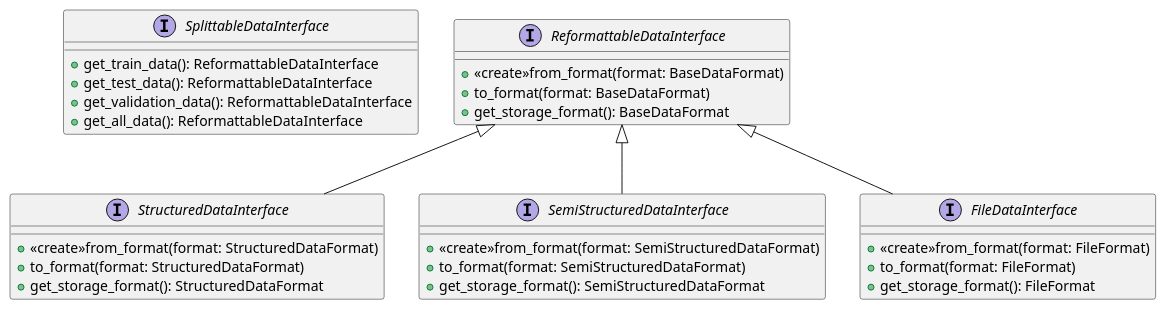
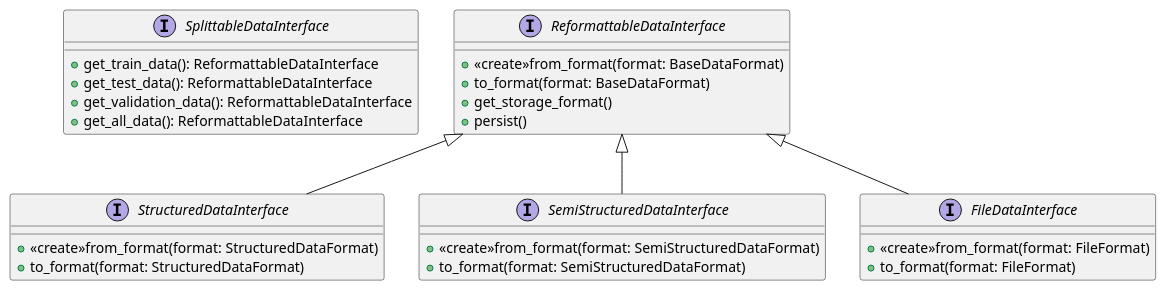
Before and after one commit to tloeber/ML-interfaces: the diagram in docs/uml/dataset_interfaces.puml, drawn with PlantUML. The commit also changed 2 other files, not shown here.

Commit message:
Break up dataset design into more diagrams to better show the main ideas

```diff
--- a/docs/uml/dataset_interfaces.puml
+++ b/docs/uml/dataset_interfaces.puml
@@ -1,38 +1,36 @@
 @startuml
 
 interface SplittableDataInterface {
   +get_train_data(): ReformattableDataInterface
   +get_test_data(): ReformattableDataInterface
   +get_validation_data(): ReformattableDataInterface
   +get_all_data(): ReformattableDataInterface
 }
 
 interface ReformattableDataInterface {
   +<<create>>from_format(format: BaseDataFormat)
   +to_format(format: BaseDataFormat)
-  +get_storage_format(): BaseDataFormat
+  +get_storage_format()
+  +persist()
 }
 
 ReformattableDataInterface <|-- StructuredDataInterface
 ReformattableDataInterface <|-- SemiStructuredDataInterface
 ReformattableDataInterface <|-- FileDataInterface
 
 interface StructuredDataInterface {
   +<<create>>from_format(format: StructuredDataFormat)
   +to_format(format: StructuredDataFormat)
-  +get_storage_format(): StructuredDataFormat
 }
 
 interface SemiStructuredDataInterface {
   +<<create>>from_format(format: SemiStructuredDataFormat)
   +to_format(format: SemiStructuredDataFormat)
-  +get_storage_format(): SemiStructuredDataFormat
 }
 
 interface FileDataInterface {
   +<<create>>from_format(format: FileFormat)
   +to_format(format: FileFormat)
-  +get_storage_format(): FileFormat
 }
 
 @enduml
```
